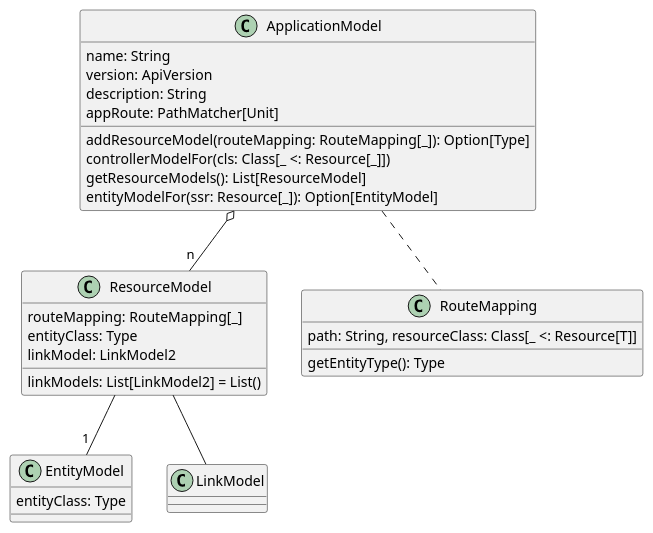
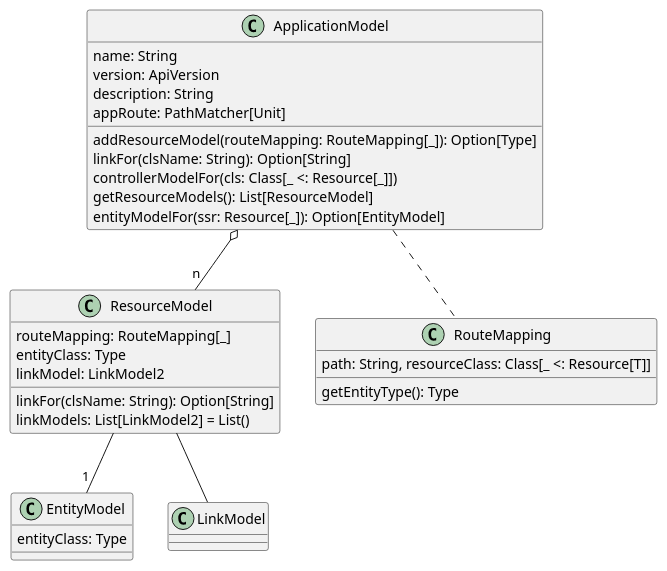
The diagram in skysail.core/src/io/skysail/core/model/model.puml (evandor/skysail-core), drawn with PlantUML before and after one commit. The commit also changed 11 other files, not shown here.

```diff
--- a/skysail.core/src/io/skysail/core/model/model.puml
+++ b/skysail.core/src/io/skysail/core/model/model.puml
@@ -1,39 +1,41 @@
 @startuml
 
 class ApplicationModel {
   name: String
   version: ApiVersion
   description: String
   appRoute: PathMatcher[Unit]
   addResourceModel(routeMapping: RouteMapping[_]): Option[Type]
+  linkFor(clsName: String): Option[String]
   controllerModelFor(cls: Class[_ <: Resource[_]])
   getResourceModels(): List[ResourceModel]
   entityModelFor(ssr: Resource[_]): Option[EntityModel]
 }
 
 class ResourceModel {
   routeMapping: RouteMapping[_]
   entityClass: Type
   linkModel: LinkModel2
+  linkFor(clsName: String): Option[String]
   linkModels: List[LinkModel2] = List()
 }
 
 class EntityModel {
     entityClass: Type
 }
 
 class LinkModel {
 }
 
 class RouteMapping {
   path: String, resourceClass: Class[_ <: Resource[T]]
   getEntityType(): Type
 }
 
 ApplicationModel o-- "n" ResourceModel
 ApplicationModel .. RouteMapping
 ResourceModel -- LinkModel
 ResourceModel -- "1" EntityModel
 
 
 @enduml
```
